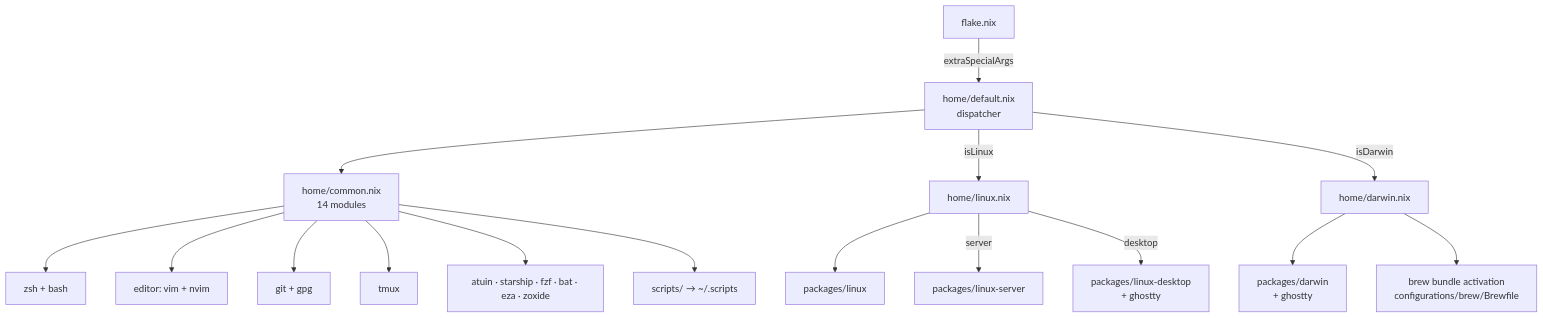
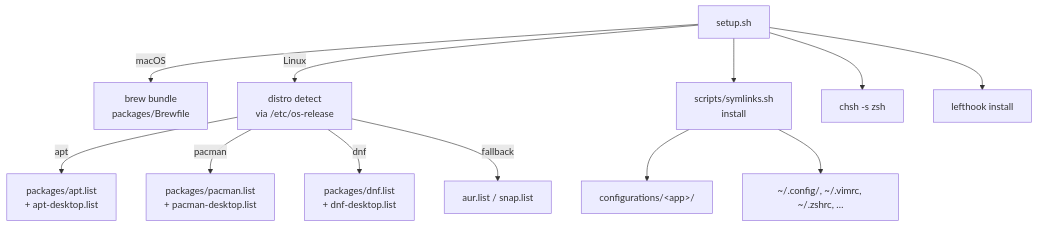
One commit to raxetul/dotfiles changed the diagram in doc/README.md. Above: the diagram before and after it, drawn with Mermaid. The commit also changed other lines of this file and 75 other files, not shown here.

````diff
--- a/doc/README.md
+++ b/doc/README.md
@@ -10,21 +10,17 @@
 ```mermaid
 graph TD
-    F[flake.nix]
-    F -->|extraSpecialArgs| D[home/default.nix<br/>dispatcher]
-    D --> C[home/common.nix<br/>14 modules]
-    D -->|isLinux| L[home/linux.nix]
-    D -->|isDarwin| M[home/darwin.nix]
+    SU[setup.sh]
+    SU -->|macOS| B[brew bundle<br/>packages/Brewfile]
+    SU -->|Linux| L[distro detect<br/>via /etc/os-release]
+    L -->|apt| LA[packages/apt.list<br/>+ apt-desktop.list]
+    L -->|pacman| LP[packages/pacman.list<br/>+ pacman-desktop.list]
+    L -->|dnf| LD[packages/dnf.list<br/>+ dnf-desktop.list]
+    L -->|fallback| LF[aur.list / snap.list]
 
-    L --> LB[packages/linux]
-    L -->|server| LS[packages/linux-server]
-    L -->|desktop| LD[packages/linux-desktop<br/>+ ghostty]
-    M --> MD[packages/darwin<br/>+ ghostty]
-    M --> BB[brew bundle activation<br/>configurations/brew/Brewfile]
+    SU --> SL[scripts/symlinks.sh<br/>install]
+    SL --> CFG[configurations/&lt;app&gt;/]
+    SL --> HOME[~/.config/, ~/.vimrc, ~/.zshrc, …]
 
-    C --> ZSH[zsh + bash]
-    C --> ED[editor: vim + nvim]
-    C --> GIT[git + gpg]
-    C --> TM[tmux]
-    C --> TH[atuin · starship · fzf · bat · eza · zoxide]
-    C --> SC[scripts/ → ~/.scripts]
+    SU --> SH[chsh -s zsh]
+    SU --> LH[lefthook install]
 ```
````
